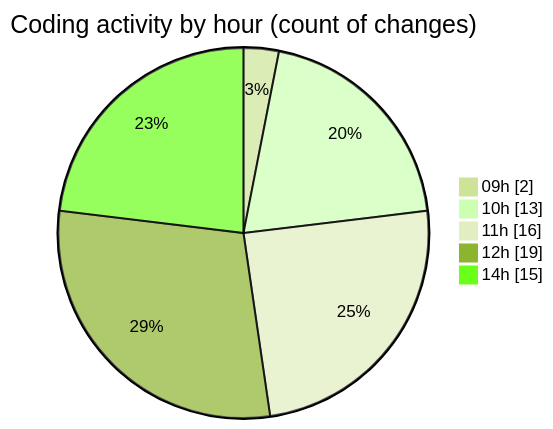
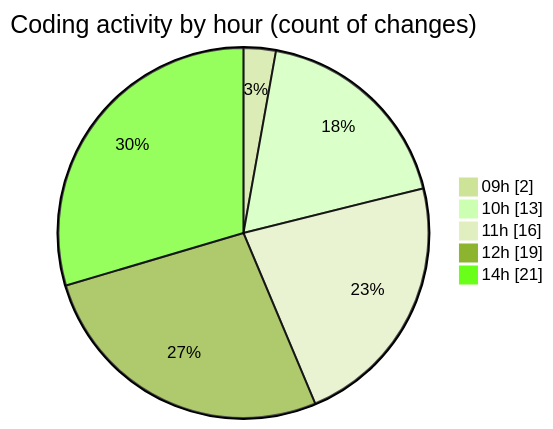
Before and after one commit to momahboobian/code-tracking: the second of 2 diagrams in 2025-07-02/cda/README.md, drawn with Mermaid (forest theme). The commit also changed other lines of this file and 1 other file, not shown here.

````diff
--- a/2025-07-02/cda/README.md
+++ b/2025-07-02/cda/README.md
@@ -41,9 +41,9 @@
 ```mermaid
 pie showData
 title Coding activity by hour (count of changes)
 "09h" : 2
 "10h" : 13
 "11h" : 16
 "12h" : 19
-"14h" : 15
+"14h" : 21
 ```
````
